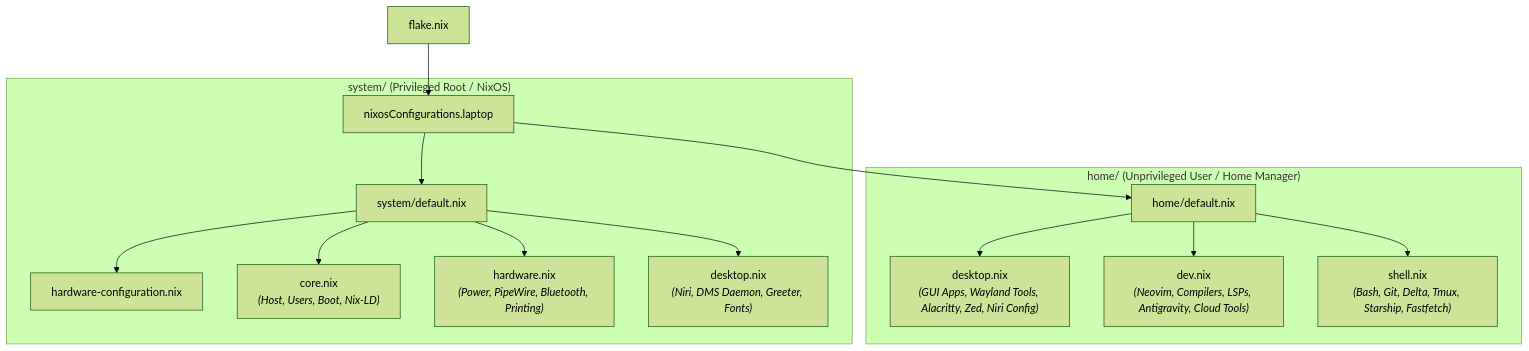
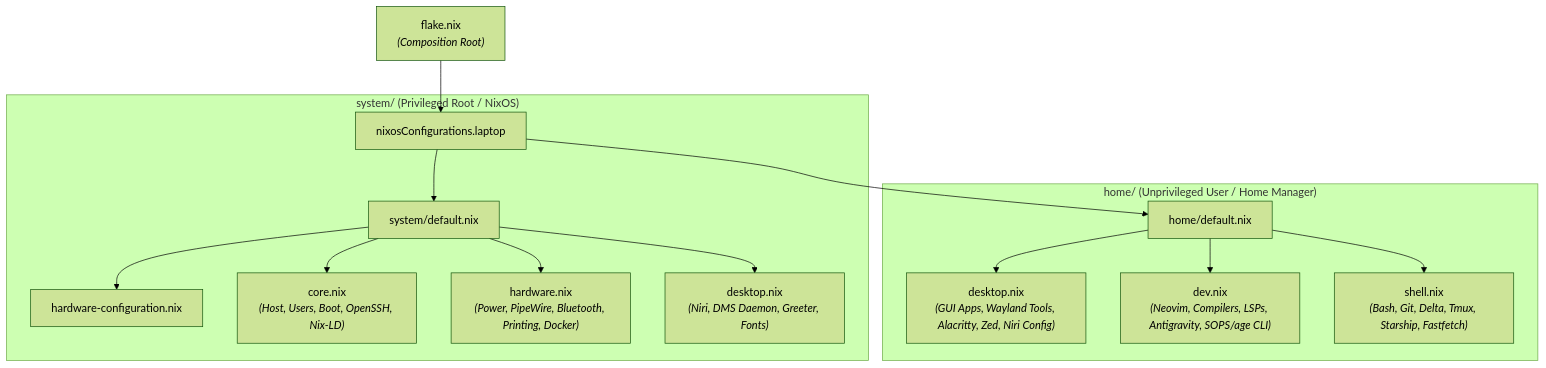
Before and after one commit to kiskaadee/nixos-config: the diagram in architecture.md, drawn with Mermaid (forest theme). The commit also changed other lines of this file and 15 other files, not shown here.

First line of the commit message:
refactor: decouple sops-nix from workstation, update documentation, and clean up scripts

````diff
--- a/architecture.md
+++ b/architecture.md
@@ -46,19 +49,19 @@
 ```mermaid
 graph TD
-    FLAKE["flake.nix"] --> CFG["nixosConfigurations.laptop"]
+    FLAKE["flake.nix<br/><i>(Composition Root)</i>"] --> CFG["nixosConfigurations.laptop"]
 
     subgraph System Layer ["system/ (Privileged Root / NixOS)"]
         CFG --> S_DEF["system/default.nix"]
         S_DEF --> S_HW["hardware-configuration.nix"]
-        S_DEF --> S_CORE["core.nix<br/><i>(Host, Users, Boot, Nix-LD)</i>"]
-        S_DEF --> S_DEV["hardware.nix<br/><i>(Power, PipeWire, Bluetooth, Printing)</i>"]
+        S_DEF --> S_CORE["core.nix<br/><i>(Host, Users, Boot, OpenSSH, Nix-LD)</i>"]
+        S_DEF --> S_DEV["hardware.nix<br/><i>(Power, PipeWire, Bluetooth, Printing, Docker)</i>"]
         S_DEF --> S_DESK["desktop.nix<br/><i>(Niri, DMS Daemon, Greeter, Fonts)</i>"]
     end
 
     subgraph User Layer ["home/ (Unprivileged User / Home Manager)"]
         CFG --> H_DEF["home/default.nix"]
         H_DEF --> H_DESK["desktop.nix<br/><i>(GUI Apps, Wayland Tools, Alacritty, Zed, Niri Config)</i>"]
-        H_DEF --> H_DEV["dev.nix<br/><i>(Neovim, Compilers, LSPs, Antigravity, Cloud Tools)</i>"]
+        H_DEF --> H_DEV["dev.nix<br/><i>(Neovim, Compilers, LSPs, Antigravity, SOPS/age CLI)</i>"]
         H_DEF --> H_SH["shell.nix<br/><i>(Bash, Git, Delta, Tmux, Starship, Fastfetch)</i>"]
     end
 ```
````
